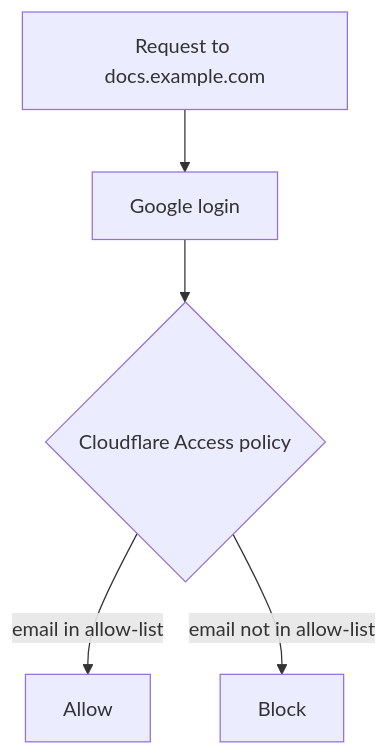
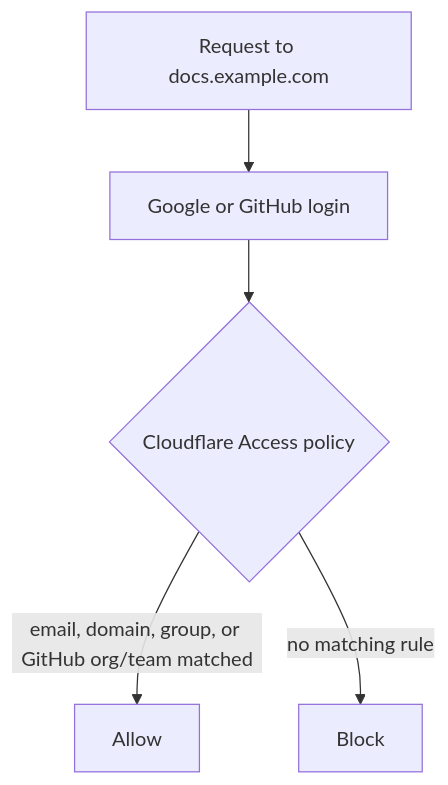
One commit to ddingpy/myblog changed the tenth of 16 diagrams in _posts/devops/2026-04-24-cloudflare-pages-jekyll-google-access-private-docs-guide.md. Above: the diagram before and after it, drawn with Mermaid. The commit also changed other lines of this file, not shown here.

Commit message:
docs: add GitHub integration instructions to Cloudflare Pages guide, update access policies and IdP configuration examples

````diff
--- a/_posts/devops/2026-04-24-cloudflare-pages-jekyll-google-access-private-docs-guide.md
+++ b/_posts/devops/2026-04-24-cloudflare-pages-jekyll-google-access-private-docs-guide.md
@@ -444,7 +501,7 @@
 ```mermaid
 flowchart TD
-    R[Request to docs.example.com] --> G[Google login]
+    R[Request to docs.example.com] --> G[Google or GitHub login]
     G --> P{Cloudflare Access policy}
-    P -->|email in allow-list| A[Allow]
-    P -->|email not in allow-list| B[Block]
+    P -->|email, domain, group, or GitHub org/team matched| A[Allow]
+    P -->|no matching rule| B[Block]
 ```
````
